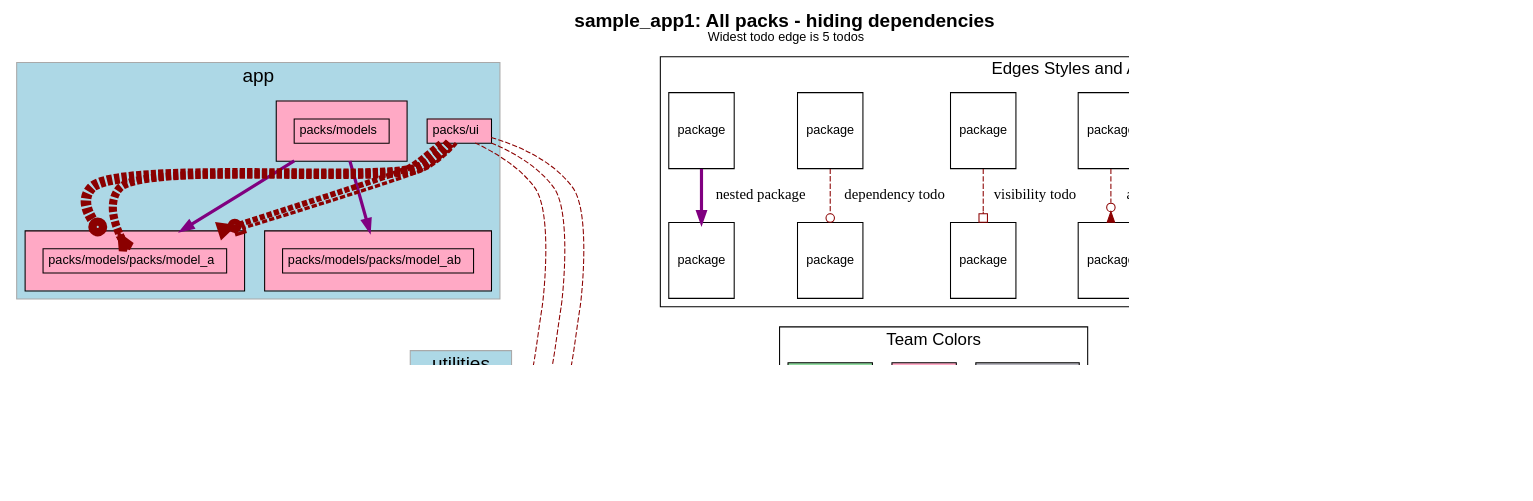
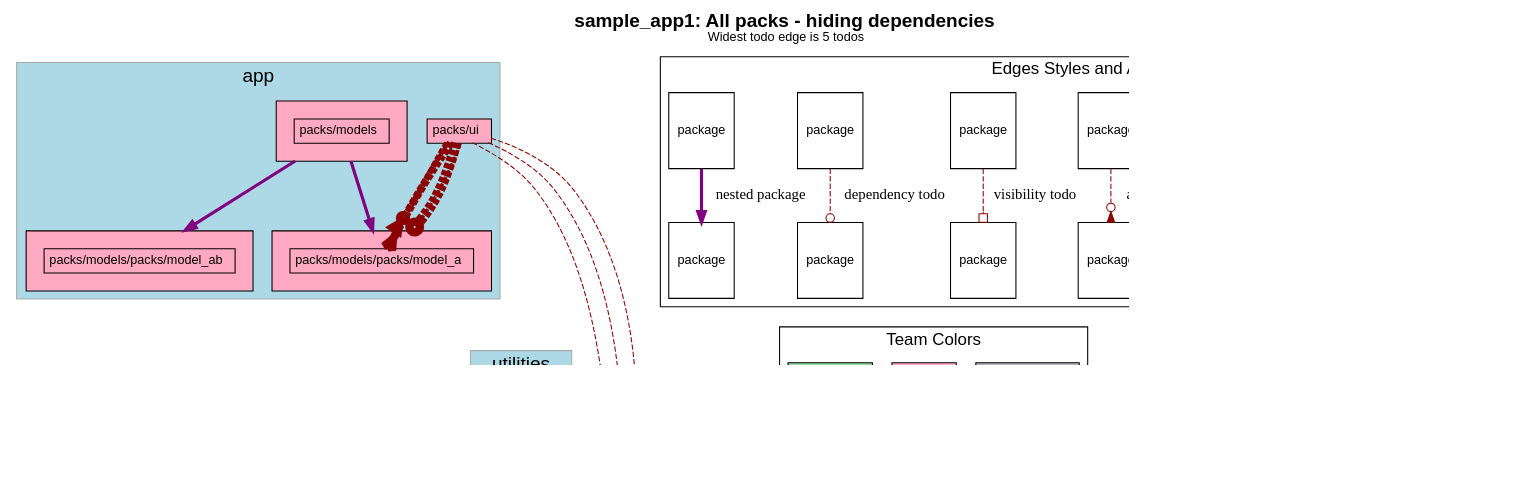
Before and after one commit to rubyatscale/visualize_packs: the diagram in spec/sample_app1/test_output/no_dependencies.dot, drawn with Graphviz. The commit also changed 15 other files, not shown here.

First line of the commit message:
When dependencies are hidden, use todos to help layout graph (#39)

```diff
--- a/spec/sample_app1/test_output/no_dependencies.dot
+++ b/spec/sample_app1/test_output/no_dependencies.dot
@@ -131,37 +131,30 @@
     }
               "packs/utility" -> "." [ style=invis ]
             "packs/ui" -> "." [ color=darkred style=dashed
-              constraint=false
               # headlabel="dependency"
                 arrowhead=odot
               penwidth=1.0            ]
             "packs/ui" -> "." [ color=darkred style=dashed
-              constraint=false
               # headlabel="architecture"
                 arrowhead=invodot
               penwidth=1.0            ]
             "packs/ui" -> "." [ color=darkred style=dashed
-              constraint=false
               # headlabel="visibility"
                 arrowhead=obox
               penwidth=1.0            ]
             "packs/ui" -> "packs/models/packs/model_a" [ color=darkred style=dashed
-              constraint=false
               # headlabel="dependency"
                 arrowhead=odot
               penwidth=10.0            ]
             "packs/ui" -> "packs/models/packs/model_a":private [ color=darkred style=dashed
-              constraint=false
               # headlabel="privacy"
                 arrowhead=crow
               penwidth=7.75            ]
             "packs/ui" -> "packs/models/packs/model_a" [ color=darkred style=dashed
-              constraint=false
               # headlabel="architecture"
                 arrowhead=invodot
               penwidth=5.5            ]
             "packs/ui" -> "packs/models/packs/model_a" [ color=darkred style=dashed
-              constraint=false
               # headlabel="visibility"
                 arrowhead=obox
               penwidth=3.25            ]
```
